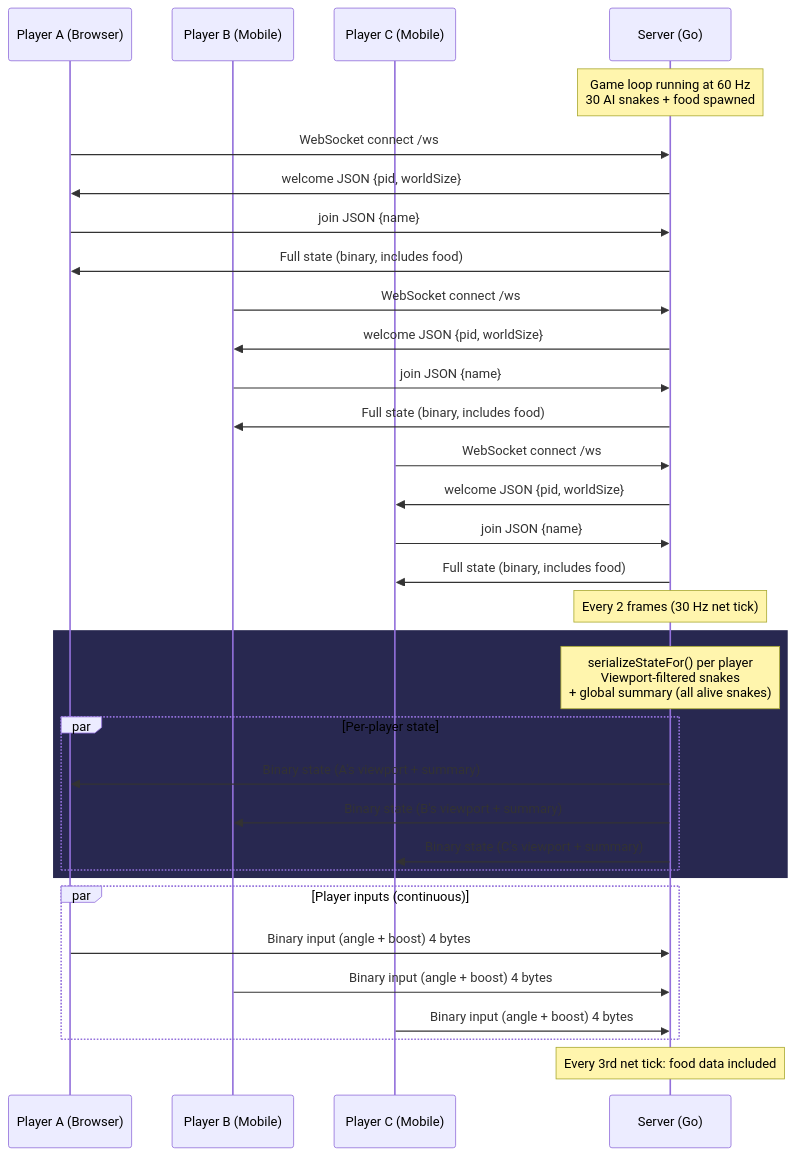
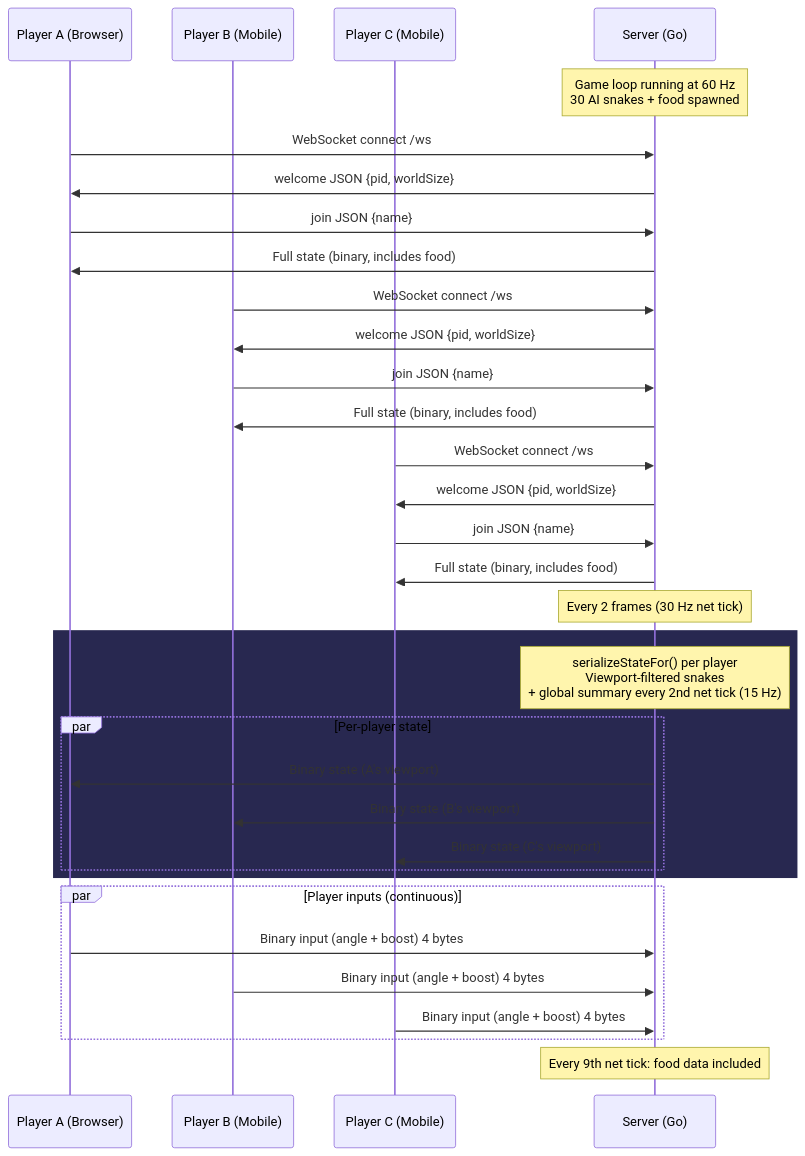
Before and after one commit to rswebdev/schlangen: the first of 2 diagrams in README.md, drawn with Mermaid. The commit also changed other lines of this file, not shown here.

Commit message:
Update README.md to clarify server setup, enhance project structure details, and improve data flow descriptions

````diff
--- a/README.md
+++ b/README.md
@@ -56,43 +55,43 @@
 ```mermaid
 sequenceDiagram
     participant A as Player A (Browser)
     participant B as Player B (Mobile)
     participant C as Player C (Mobile)
     participant S as Server (Go)
 
     Note over S: Game loop running at 60 Hz<br/>30 AI snakes + food spawned
 
     A->>S: WebSocket connect /ws
     S->>A: welcome JSON {pid, worldSize}
     A->>S: join JSON {name}
     S->>A: Full state (binary, includes food)
 
     B->>S: WebSocket connect /ws
     S->>B: welcome JSON {pid, worldSize}
     B->>S: join JSON {name}
     S->>B: Full state (binary, includes food)
 
     C->>S: WebSocket connect /ws
     S->>C: welcome JSON {pid, worldSize}
     C->>S: join JSON {name}
     S->>C: Full state (binary, includes food)
 
     Note over S: Every 2 frames (30 Hz net tick)
 
     rect rgb(40, 40, 80)
-        Note over S: serializeStateFor() per player<br/>Viewport-filtered snakes<br/>+ global summary (all alive snakes)
+        Note over S: serializeStateFor() per player<br/>Viewport-filtered snakes<br/>+ global summary every 2nd net tick (15 Hz)
         par Per-player state
-            S->>A: Binary state (A's viewport + summary)
-            S->>B: Binary state (B's viewport + summary)
-            S->>C: Binary state (C's viewport + summary)
+            S->>A: Binary state (A's viewport)
+            S->>B: Binary state (B's viewport)
+            S->>C: Binary state (C's viewport)
         end
     end
 
     par Player inputs (continuous)
         A->>S: Binary input (angle + boost) 4 bytes
         B->>S: Binary input (angle + boost) 4 bytes
         C->>S: Binary input (angle + boost) 4 bytes
     end
 
-    Note over S: Every 3rd net tick: food data included
+    Note over S: Every 9th net tick: food data included
 ```
````
